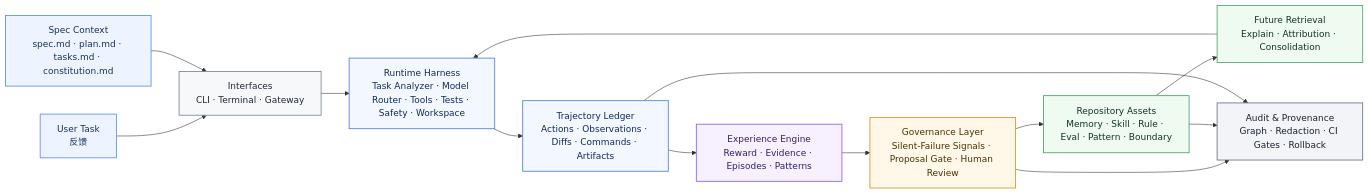
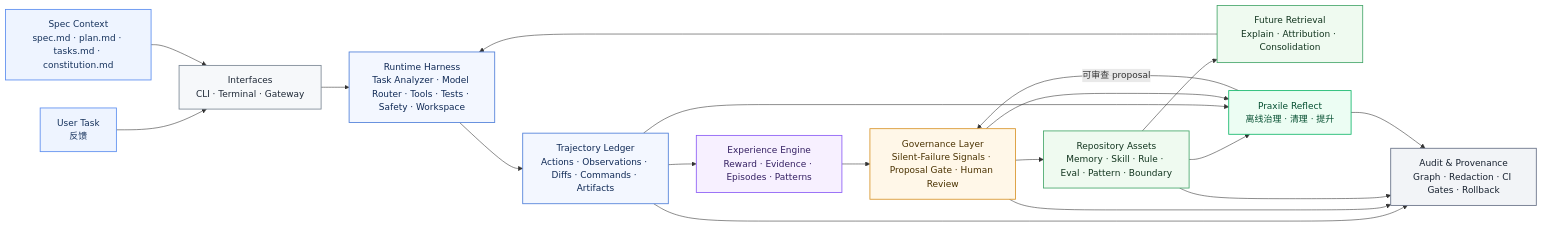
Before and after one commit to Praxile-Alpha/Praxile: the first of 3 diagrams in README.zh-CN.md, drawn with Mermaid. The commit also changed other lines of this file and 17 other files, not shown here.

````diff
--- a/README.zh-CN.md
+++ b/README.zh-CN.md
@@ -85,28 +72,35 @@
 ```mermaid
 flowchart LR
     classDef input fill:#EEF4FF,stroke:#5B8DEF,color:#16325C,stroke-width:1.5px;
     classDef interface fill:#F6F8FA,stroke:#7B8794,color:#1F2937,stroke-width:1.5px;
     classDef runtime fill:#F3F7FF,stroke:#4F7FD9,color:#102A56,stroke-width:1.5px;
     classDef engine fill:#F7F0FF,stroke:#8B5CF6,color:#352063,stroke-width:1.5px;
     classDef gov fill:#FFF7E8,stroke:#D8942A,color:#4A3200,stroke-width:1.5px;
     classDef asset fill:#EFFAF0,stroke:#45A66A,color:#12351F,stroke-width:1.5px;
     classDef audit fill:#F2F4F7,stroke:#667085,color:#182230,stroke-width:1.5px;
+    classDef reflect fill:#ECFDF3,stroke:#12B76A,color:#054F31,stroke-width:1.5px;
 
     U["User Task<br/>反馈"]:::input
     S["Spec Context<br/>spec.md · plan.md · tasks.md · constitution.md"]:::input
 
     U --> I["Interfaces<br/>CLI · Terminal · Gateway"]:::interface
     S --> I
 
     I --> R["Runtime Harness<br/>Task Analyzer · Model Router · Tools · Tests · Safety · Workspace"]:::runtime
     R --> T["Trajectory Ledger<br/>Actions · Observations · Diffs · Commands · Artifacts"]:::runtime
     T --> E["Experience Engine<br/>Reward · Evidence · Episodes · Patterns"]:::engine
     E --> G["Governance Layer<br/>Silent-Failure Signals · Proposal Gate · Human Review"]:::gov
     G --> A["Repository Assets<br/>Memory · Skill · Rule · Eval · Pattern · Boundary"]:::asset
     A --> Q["Future Retrieval<br/>Explain · Attribution · Consolidation"]:::asset
     Q --> R
 
-    G --> O["Audit & Provenance<br/>Graph · Redaction · CI Gates · Rollback"]:::audit
+    A --> F["Praxile Reflect<br/>离线治理 · 清理 · 提升"]:::reflect
+    T --> F
+    G --> F
+    F -->|可审查 proposal| G
+
+    T --> O["Audit & Provenance<br/>Graph · Redaction · CI Gates · Rollback"]:::audit
+    G --> O
     A --> O
-    T --> O
+    F --> O
 ```
````
